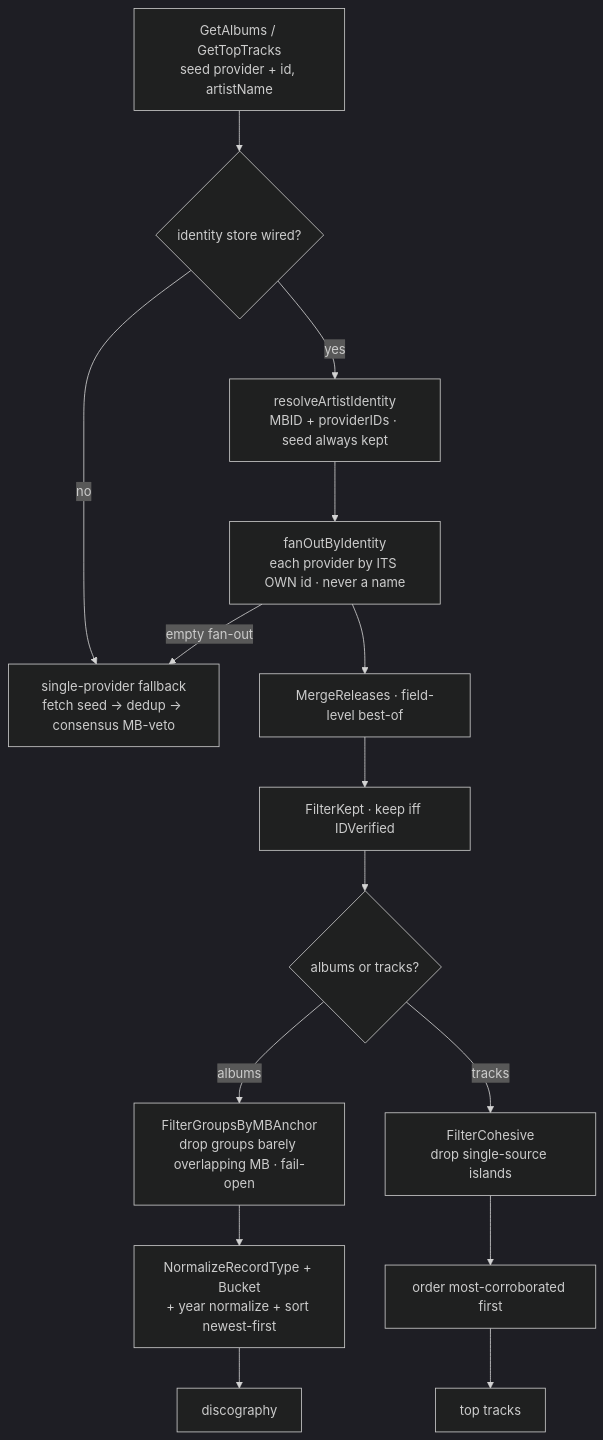
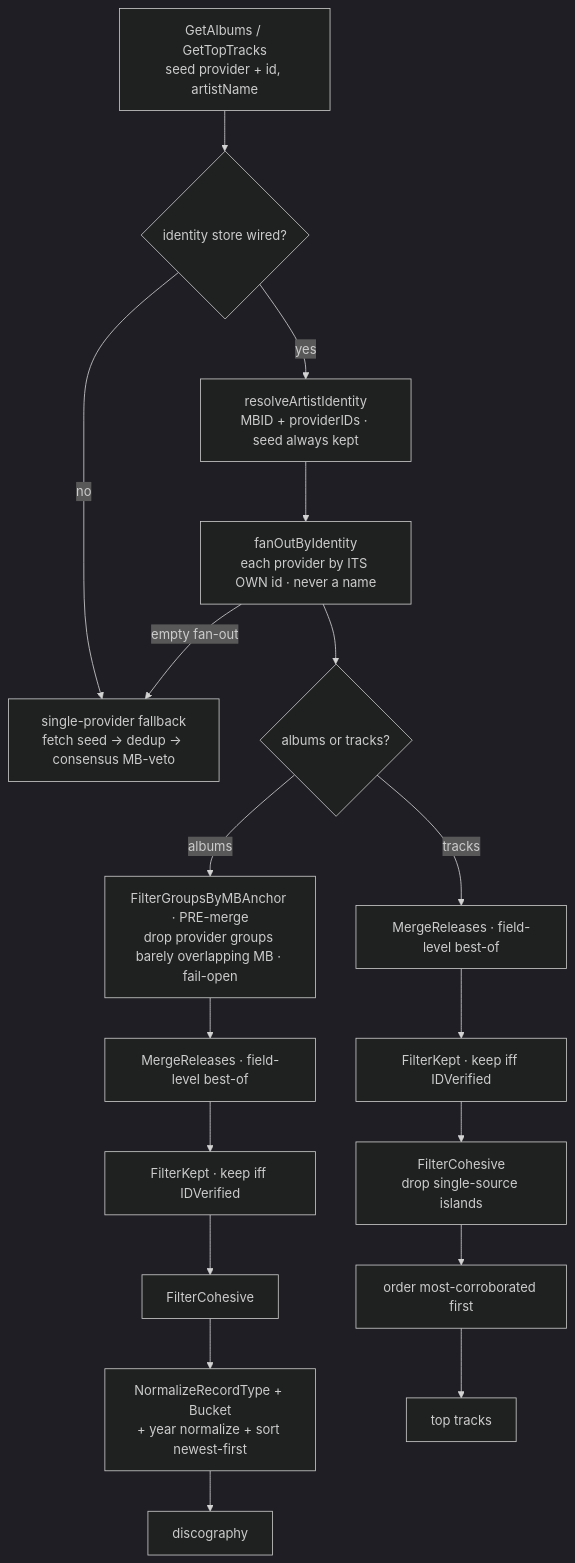
Before and after one commit to aleburrascano/altune: the fourth of 6 diagrams in services/go-api/internal/discovery/ARCHITECTURE.md, drawn with Mermaid (dark theme). The commit also changed other lines of this file and 1 other file, not shown here.

Commit message:
docs(docs): architecture drift fixes + 2026-07-23 review reality

````diff
--- a/services/go-api/internal/discovery/ARCHITECTURE.md
+++ b/services/go-api/internal/discovery/ARCHITECTURE.md
@@ -349,17 +359,20 @@
 ```mermaid
 flowchart TD
     SEED["GetAlbums / GetTopTracks<br/>seed provider + id, artistName"] --> STORE{"identity store wired?"}
     STORE -->|no| FB["single-provider fallback<br/>fetch seed → dedup → consensus MB-veto"]
     STORE -->|yes| RID["resolveArtistIdentity<br/>MBID + providerIDs · seed always kept"]
     RID --> FAN["fanOutByIdentity<br/>each provider by ITS OWN id · never a name"]
     FAN -->|"empty fan-out"| FB
-    FAN --> MR["MergeReleases · field-level best-of"]
+    FAN --> KIND{"albums or tracks?"}
+    KIND -->|albums| MBA["FilterGroupsByMBAnchor · PRE-merge<br/>drop provider groups barely overlapping MB · fail-open"]
+    KIND -->|tracks| MR2["MergeReleases · field-level best-of"]
+    MBA --> MR["MergeReleases · field-level best-of"]
     MR --> FK["FilterKept · keep iff IDVerified"]
-    FK --> KIND{"albums or tracks?"}
-    KIND -->|albums| MBA["FilterGroupsByMBAnchor<br/>drop groups barely overlapping MB · fail-open"]
-    KIND -->|tracks| COH["FilterCohesive<br/>drop single-source islands"]
-    MBA --> BUCK["NormalizeRecordType + Bucket<br/>+ year normalize + sort newest-first"]
+    MR2 --> FK2["FilterKept · keep iff IDVerified"]
+    FK --> COH1["FilterCohesive"]
+    FK2 --> COH["FilterCohesive<br/>drop single-source islands"]
+    COH1 --> BUCK["NormalizeRecordType + Bucket<br/>+ year normalize + sort newest-first"]
     COH --> ORD["order most-corroborated first"]
     BUCK --> O1["discography"]
     ORD --> O2["top tracks"]
 ```
````
